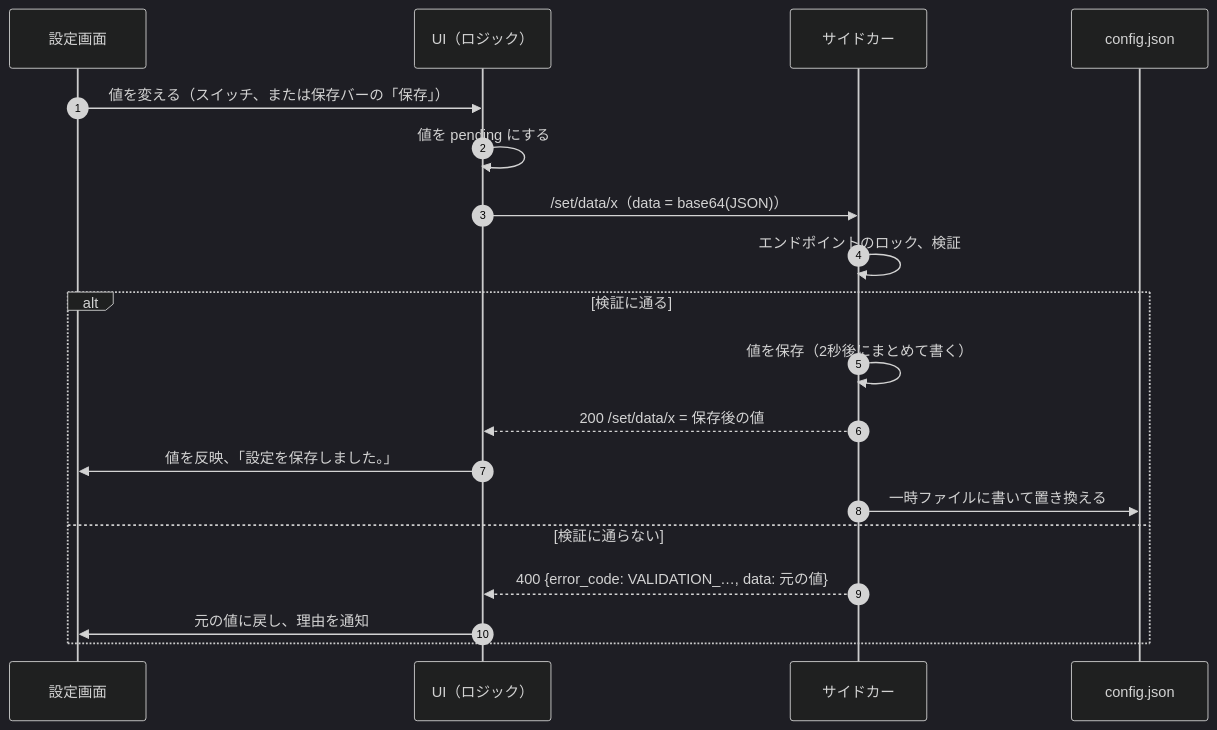
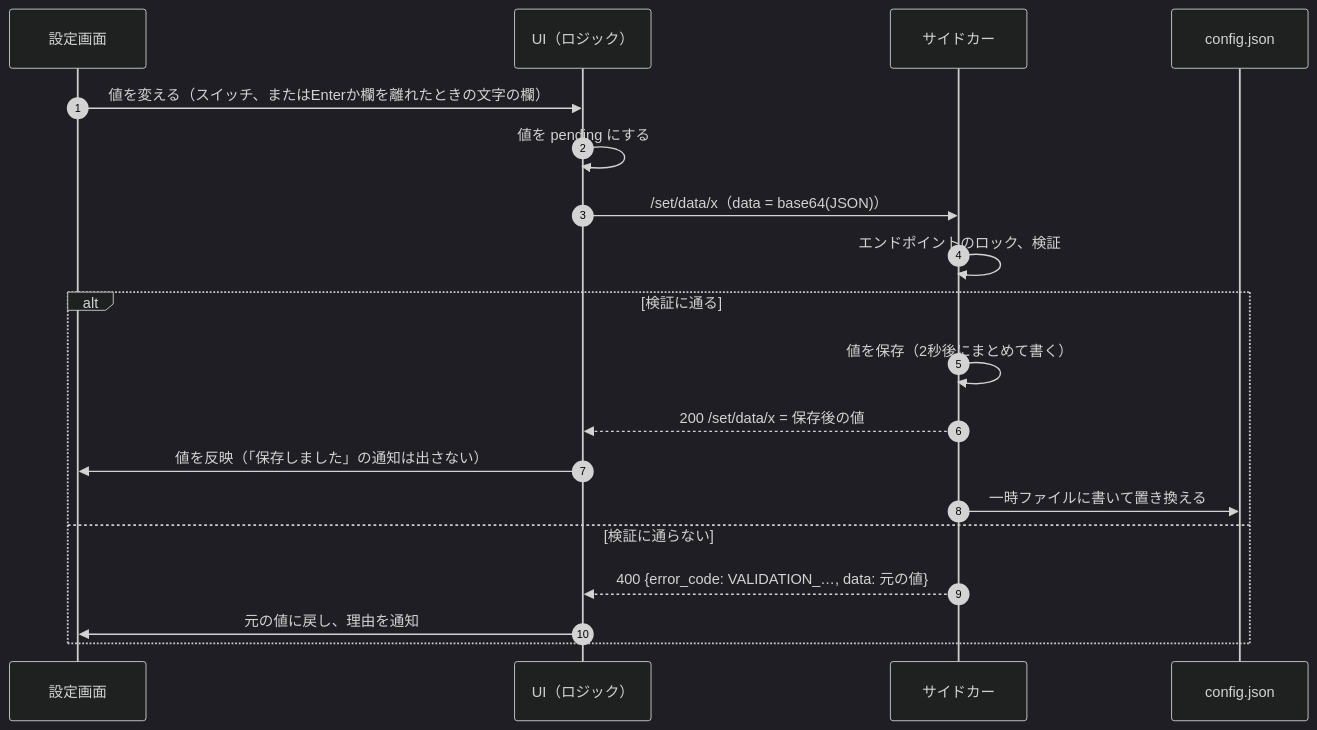
Before and after one commit to kein5/astarot: the ninth of 14 diagrams in docs/spec/sequences.md, drawn with Mermaid (dark theme). The commit also changed other lines of this file and 10 other files, not shown here.

````diff
--- a/docs/spec/sequences.md
+++ b/docs/spec/sequences.md
@@ -264,21 +264,21 @@
 ```mermaid
 sequenceDiagram
   autonumber
   participant P as 設定画面
   participant UI as UI（ロジック）
   participant S as サイドカー
   participant F as config.json
-  P->>UI: 値を変える（スイッチ、または保存バーの「保存」）
+  P->>UI: 値を変える（スイッチ、またはEnterか欄を離れたときの文字の欄）
   UI->>UI: 値を pending にする
   UI->>S: /set/data/x（data = base64(JSON)）
   S->>S: エンドポイントのロック、検証
   alt 検証に通る
     S->>S: 値を保存（2秒後にまとめて書く）
     S-->>UI: 200 /set/data/x = 保存後の値
-    UI->>P: 値を反映、「設定を保存しました。」
+    UI->>P: 値を反映（「保存しました」の通知は出さない）
     S->>F: 一時ファイルに書いて置き換える
   else 検証に通らない
     S-->>UI: 400 {error_code: VALIDATION_…, data: 元の値}
     UI->>P: 元の値に戻し、理由を通知
   end
 ```
````
